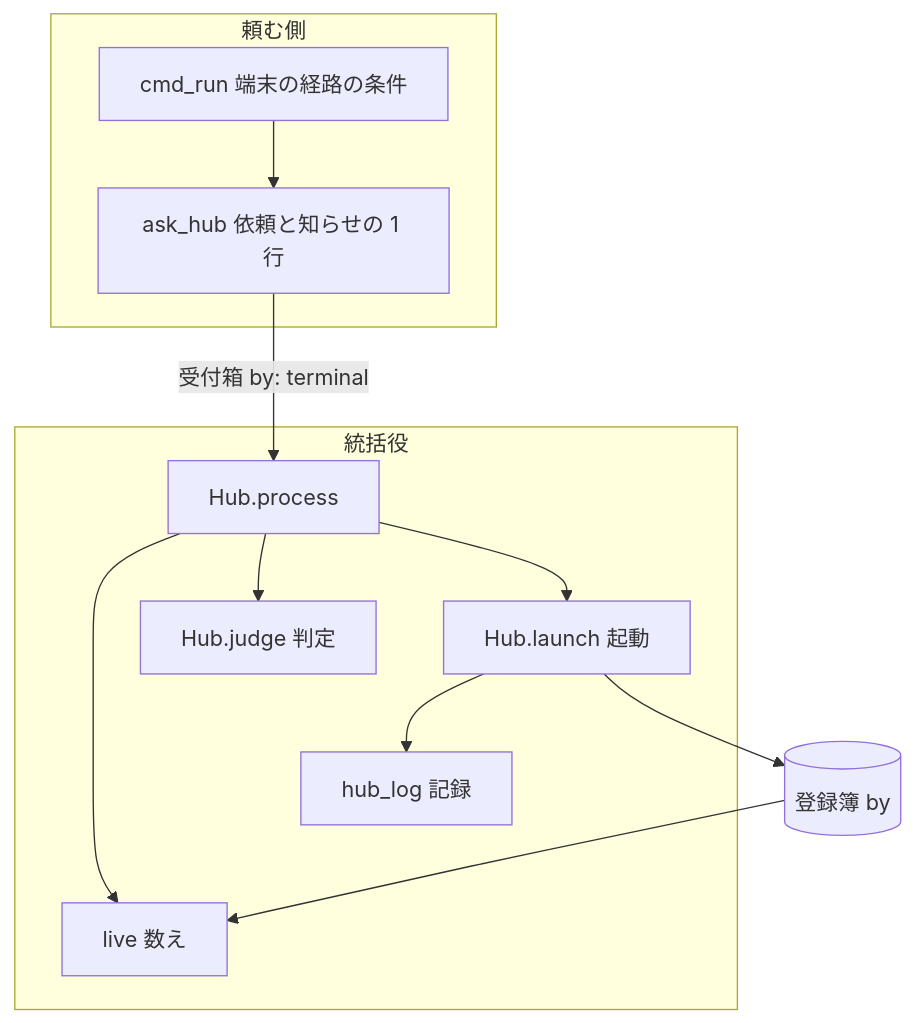
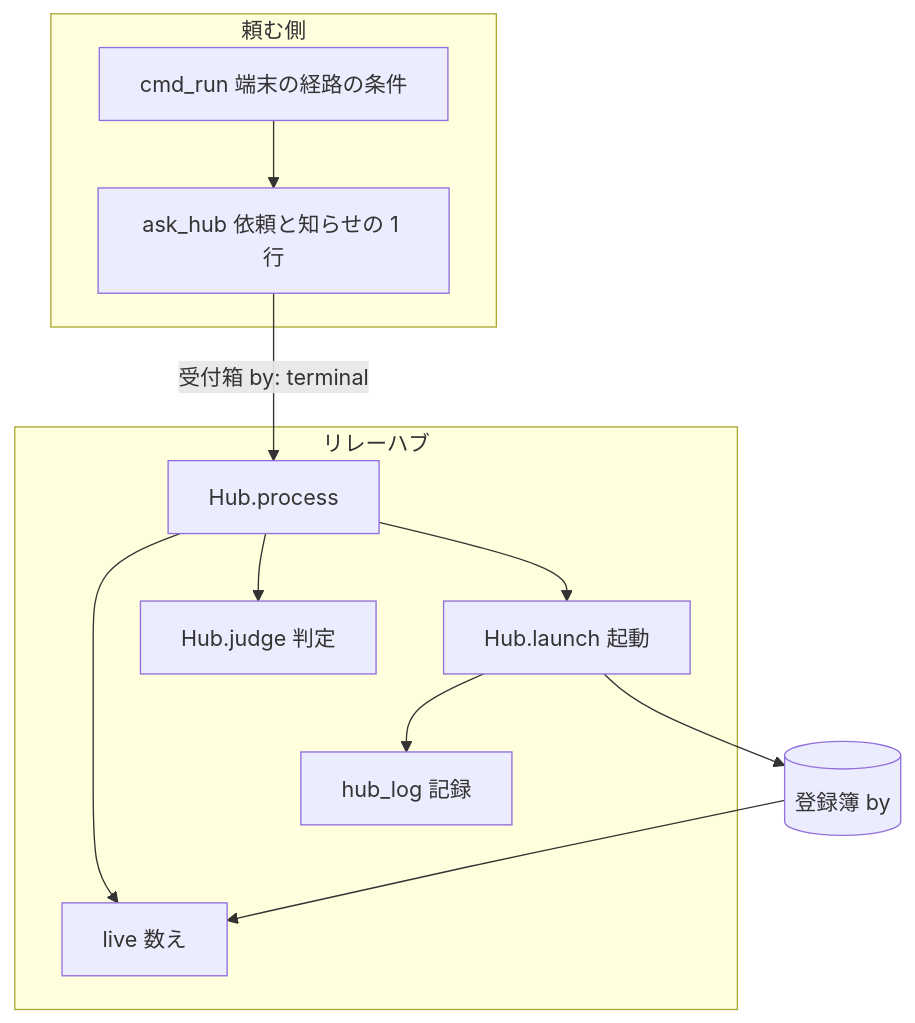
The first of 3 diagrams in issues/issue-2862-design.md (devbasex/ai-plugins), drawn with Mermaid before and after one commit. The commit also changed other lines of this file and 3 other files, not shown here.

First line of the commit message:
Docs: 廃語の「統括役」を「リレーハブ」へ置き換える（#2862）

````diff
--- a/issues/issue-2862-design.md
+++ b/issues/issue-2862-design.md
@@ -99,15 +99,15 @@
 ```mermaid
 graph TD
     subgraph 頼む側
         RUN[cmd_run 端末の経路の条件] --> ASK[ask_hub 依頼と知らせの 1 行]
     end
-    subgraph 統括役
+    subgraph リレーハブ
         PROC[Hub.process] --> LIVE[live 数え]
         PROC --> JUDGE[Hub.judge 判定]
         PROC --> LAUNCH[Hub.launch 起動]
         LAUNCH --> LOG[hub_log 記録]
     end
     ASK -->|受付箱 by: terminal| PROC
     LAUNCH --> REG[(登録簿 by)]
     REG --> LIVE
 ```
````
